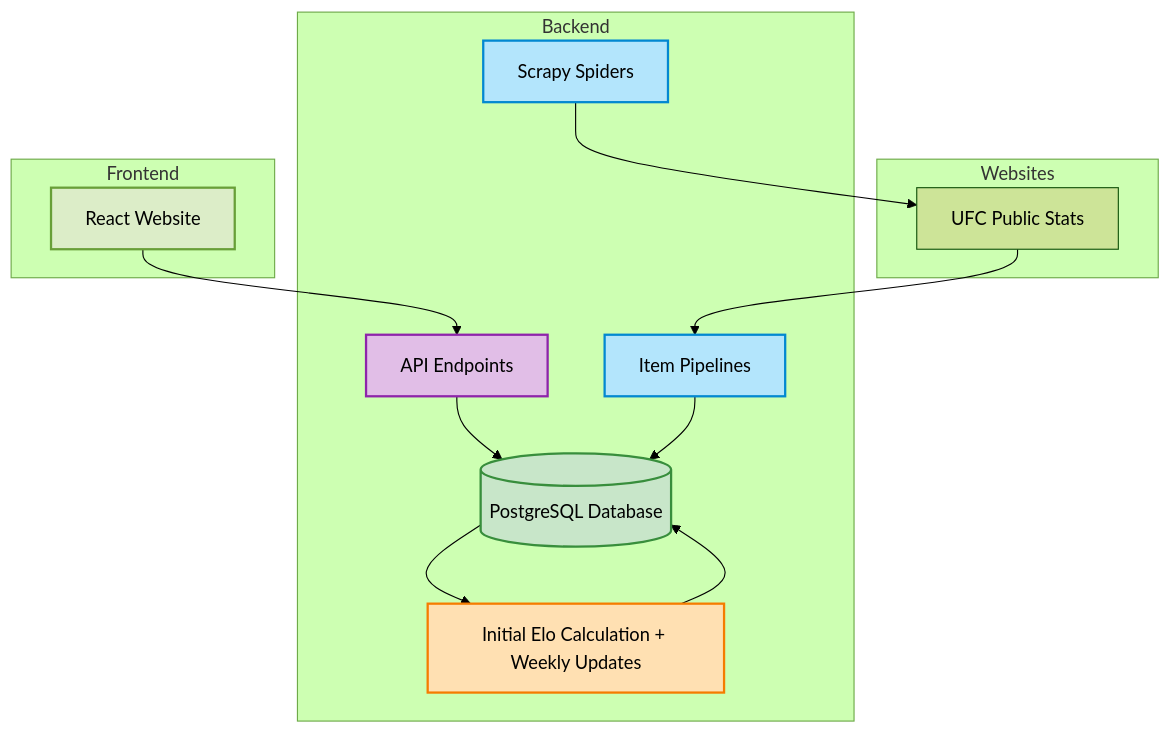
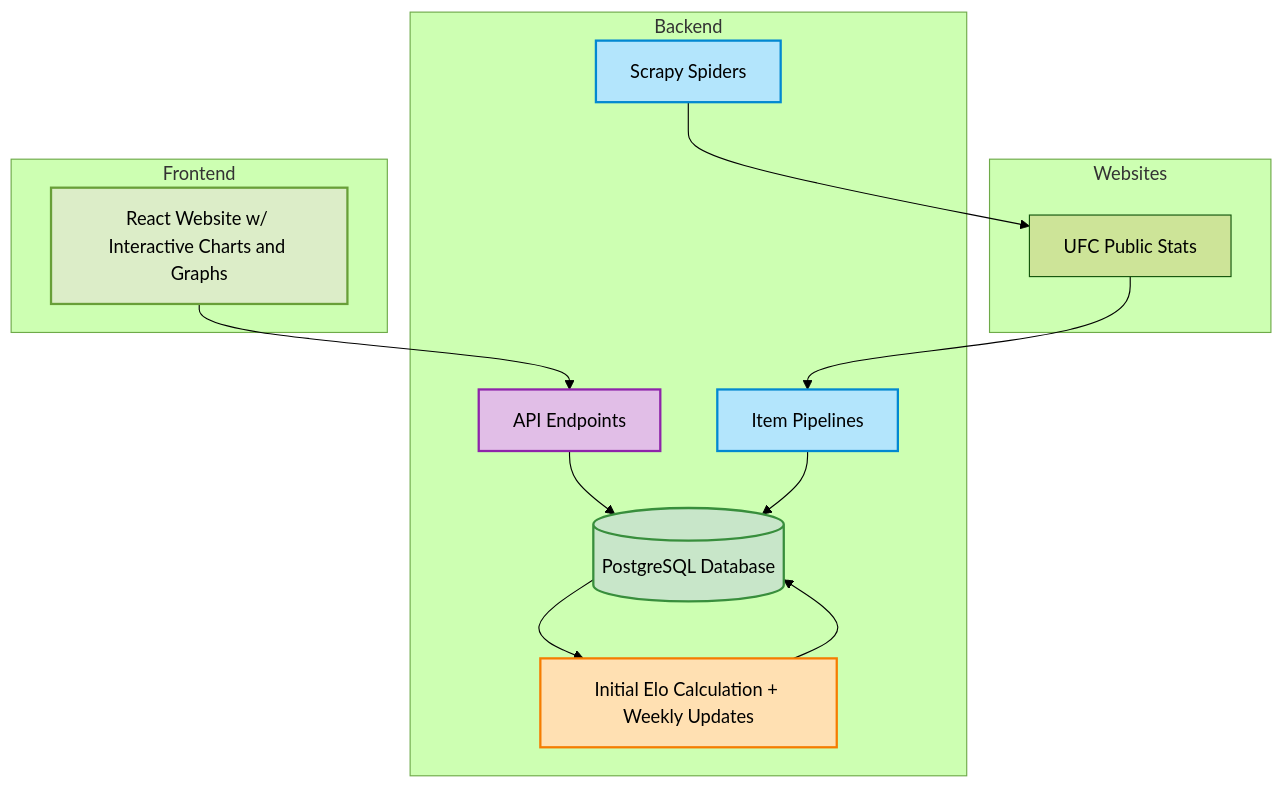
Before and after one commit to alpinedev51/mma-elo-engine-py: the diagram in README.md, drawn with Mermaid (forest theme).

````diff
--- a/README.md
+++ b/README.md
@@ -55,39 +55,39 @@
 ```mermaid
 flowchart TD
 
     subgraph Websites
         W1[UFC Public Stats]
     end
 
     subgraph Backend
         A1[Scrapy Spiders] --> W1
         W1 --> A2[Item Pipelines]
         click A1 "Scrapy Spiders regularly crawl MMA websites for fighter data."
         click A2 "Pipelines process and store the fighter data into the database."
         B1[(PostgreSQL Database)] --> C1[Initial Elo Calculation + Weekly Updates]
         C1 --> B1
         D1[API Endpoints] --> B1
         click B1 "PostgreSQL database houses fighter data and Elo scores."
         click C1 "A weekly job calculates and updates Elo ratings."
         click D1 "APIs provide access to stored data."
     end
 
     subgraph Frontend
-        E1[React Website] --> D1
+        E1[React Website w/ Interactive Charts and Graphs] --> D1
         click E1 "Data is displayed on a React-based frontend."
     end
 
     A2 --> B1
 
     classDef blue fill:#B3E5FC,stroke:#0288D1,stroke-width:2px;
     classDef green fill:#C8E6C9,stroke:#388E3C,stroke-width:2px;
     classDef orange fill:#FFE0B2,stroke:#F57C00,stroke-width:2px;
     classDef purple fill:#E1BEE7,stroke:#8E24AA,stroke-width:2px;
     classDef lightgreen fill:#DCEDC8,stroke:#689F38,stroke-width:2px;
 
     class A1,A2 blue;
     class B1 green;
     class C1 orange;
     class D1 purple;
     class E1 lightgreen;
 ```
````
